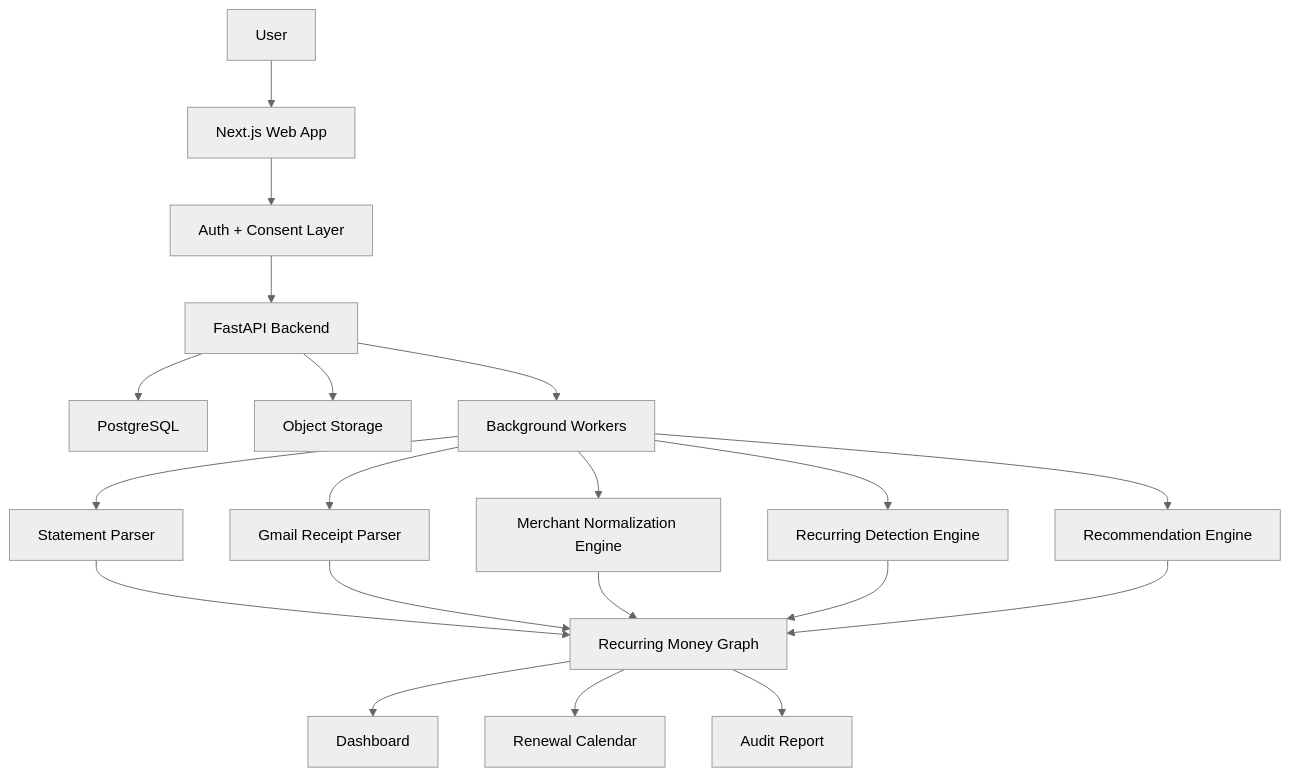
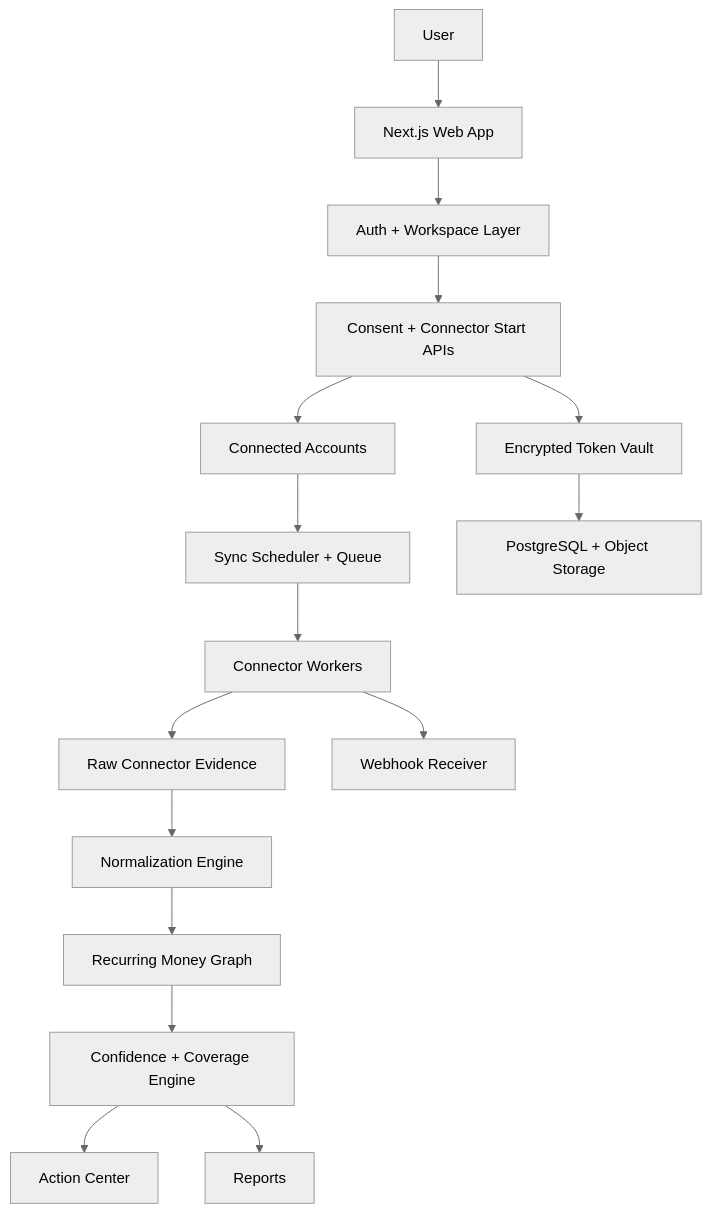
Before and after one commit to varunteja0/Vognary: the diagram in docs/product-architecture.md, drawn with Mermaid (neutral theme). The commit also changed other lines of this file and 68 other files, not shown here.

````diff
--- a/docs/product-architecture.md
+++ b/docs/product-architecture.md
@@ -37,22 +50,18 @@
 ```mermaid
 flowchart TD
     A[User] --> B[Next.js Web App]
-    B --> C[Auth + Consent Layer]
-    C --> D[FastAPI Backend]
-    D --> E[PostgreSQL]
-    D --> F[Object Storage]
-    D --> G[Background Workers]
-    G --> H[Statement Parser]
-    G --> I[Gmail Receipt Parser]
-    G --> J[Merchant Normalization Engine]
-    G --> K[Recurring Detection Engine]
-    G --> L[Recommendation Engine]
-    H --> M[Recurring Money Graph]
-    I --> M
-    J --> M
-    K --> M
-    L --> M
-    M --> N[Dashboard]
-    M --> O[Renewal Calendar]
-    M --> P[Audit Report]
+    B --> C[Auth + Workspace Layer]
+    C --> D[Consent + Connector Start APIs]
+    D --> E[Encrypted Token Vault]
+    D --> F[Connected Accounts]
+    F --> G[Sync Scheduler + Queue]
+    G --> H[Connector Workers]
+    H --> I[Raw Connector Evidence]
+    I --> J[Normalization Engine]
+    J --> K[Recurring Money Graph]
+    K --> L[Confidence + Coverage Engine]
+    L --> M[Action Center]
+    L --> N[Reports]
+    H --> O[Webhook Receiver]
+    E --> P[PostgreSQL + Object Storage]
 ```
````
